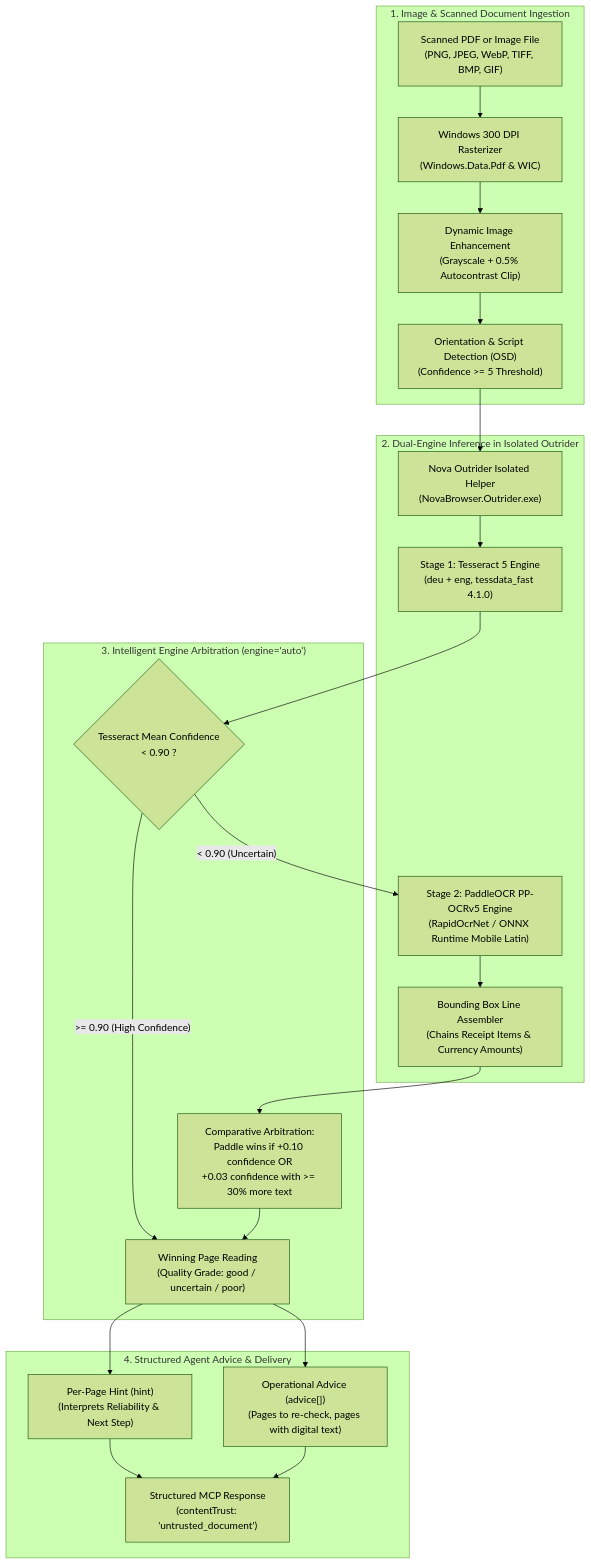
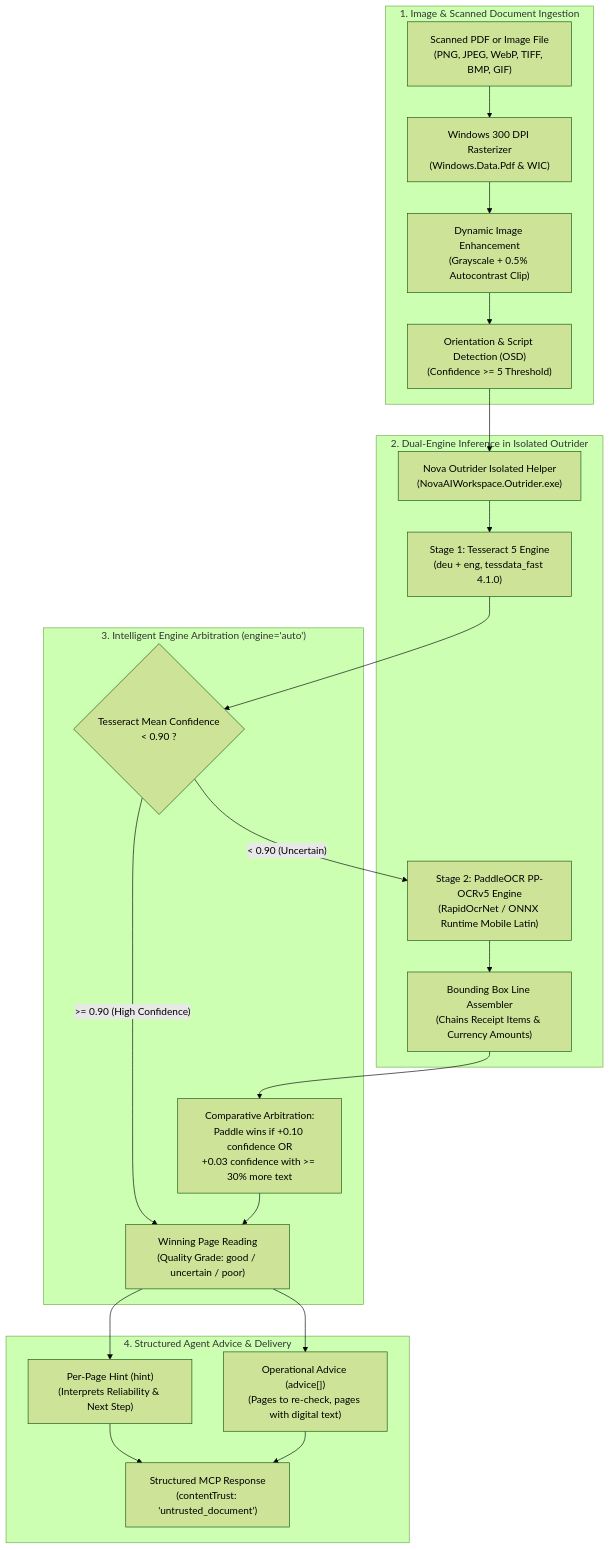
Before and after one commit to joelaniol/nova: the diagram in docs/core-features/media-intelligence/ocr/README.md, drawn with Mermaid (forest theme). The commit also changed other lines of this file and 58 other files, not shown here.

Commit message:
docs: run_rows tools, fastlane memory tools, NovaAIWorkspace helper names

````diff
--- a/docs/core-features/media-intelligence/ocr/README.md
+++ b/docs/core-features/media-intelligence/ocr/README.md
@@ -37,36 +37,36 @@
 ```mermaid
 flowchart TD
     subgraph InputStage["1. Image & Scanned Document Ingestion"]
         SourceInput["Scanned PDF or Image File\n(PNG, JPEG, WebP, TIFF, BMP, GIF)"]
         Rasterizer["Windows 300 DPI Rasterizer\n(Windows.Data.Pdf & WIC)"]
         PreProcess["Dynamic Image Enhancement\n(Grayscale + 0.5% Autocontrast Clip)"]
         OrientDetect["Orientation & Script Detection (OSD)\n(Confidence >= 5 Threshold)"]
     end
 
     subgraph OutriderStage["2. Dual-Engine Inference in Isolated Outrider"]
-        OutriderEnv["Nova Outrider Isolated Helper\n(NovaBrowser.Outrider.exe)"]
+        OutriderEnv["Nova Outrider Isolated Helper\n(NovaAIWorkspace.Outrider.exe)"]
         TesseractEngine["Stage 1: Tesseract 5 Engine\n(deu + eng, tessdata_fast 4.1.0)"]
         PaddleEngine["Stage 2: PaddleOCR PP-OCRv5 Engine\n(RapidOcrNet / ONNX Runtime Mobile Latin)"]
         LineAssembler["Bounding Box Line Assembler\n(Chains Receipt Items & Currency Amounts)"]
     end
 
     subgraph ArbitrationStage["3. Intelligent Engine Arbitration (engine='auto')"]
         ConfidenceCheck{"Tesseract Mean Confidence\n< 0.90 ?"}
         ScoreCompare["Comparative Arbitration:\nPaddle wins if +0.10 confidence OR\n+0.03 confidence with >= 30% more text"]
         SelectedReading["Winning Page Reading\n(Quality Grade: good / uncertain / poor)"]
     end
 
     subgraph FeedbackStage["4. Structured Agent Advice & Delivery"]
         PageHint["Per-Page Hint (hint)\n(Interprets Reliability & Next Step)"]
         GlobalAdvice["Operational Advice (advice[])\n(Pages to re-check, pages with digital text)"]
         ReturnEnvelope["Structured MCP Response\n(contentTrust: 'untrusted_document')"]
     end
 
     SourceInput --> Rasterizer --> PreProcess --> OrientDetect --> OutriderEnv
     OutriderEnv --> TesseractEngine
     TesseractEngine --> ConfidenceCheck
     ConfidenceCheck -->|">= 0.90 (High Confidence)"| SelectedReading
     ConfidenceCheck -->|"< 0.90 (Uncertain)"| PaddleEngine
     PaddleEngine --> LineAssembler --> ScoreCompare --> SelectedReading
     SelectedReading --> PageHint & GlobalAdvice --> ReturnEnvelope
 ```
````
